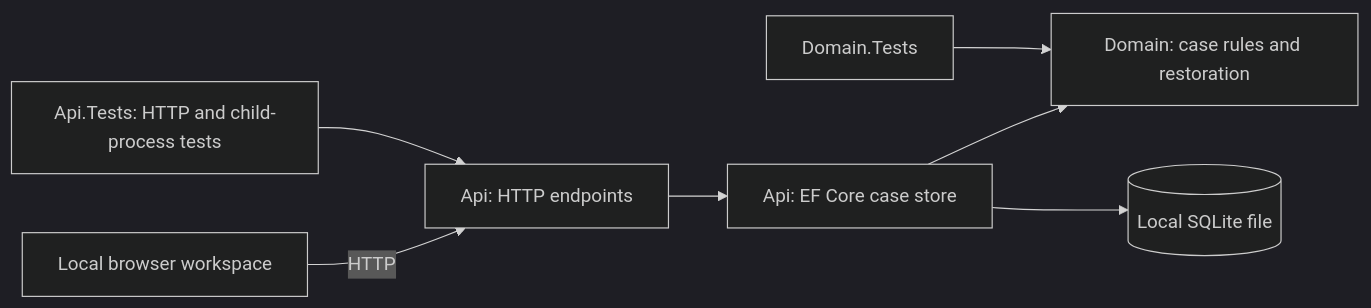
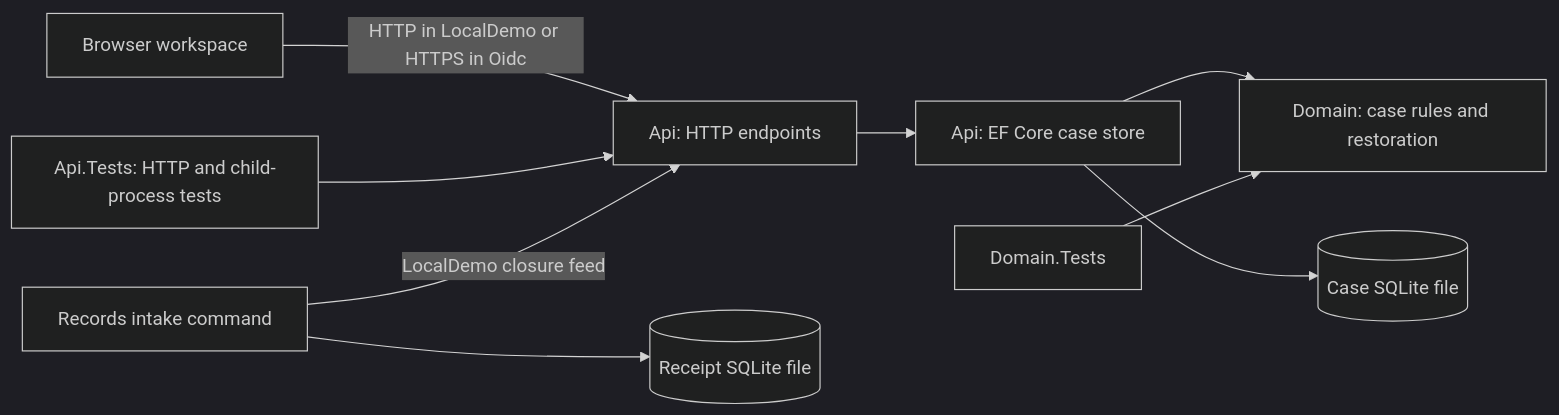
Before and after one commit to shivamchopra/enterprise-case-intelligence: the first of 2 diagrams in docs/architecture/overview.md, drawn with Mermaid (dark theme). The commit also changed other lines of this file and 3 other files, not shown here.

Commit message:
Consolidate the release roadmap and rehearse a case from creation to receipt

````diff
--- a/docs/architecture/overview.md
+++ b/docs/architecture/overview.md
@@ -11,9 +13,11 @@
 ```mermaid
 flowchart LR
-    Browser[Local browser workspace] -->|HTTP| Api
+    Browser[Browser workspace] -->|HTTP in LocalDemo or HTTPS in Oidc| Api
     ApiTests[Api.Tests: HTTP and child-process tests] --> Api[Api: HTTP endpoints]
     Api --> Store[Api: EF Core case store]
     Store --> Domain[Domain: case rules and restoration]
-    Store --> Database[(Local SQLite file)]
+    Store --> Database[(Case SQLite file)]
+    Intake[Records intake command] -->|LocalDemo closure feed| Api
+    Intake --> Receipts[(Receipt SQLite file)]
     DomainTests[Domain.Tests] --> Domain
 ```
````
